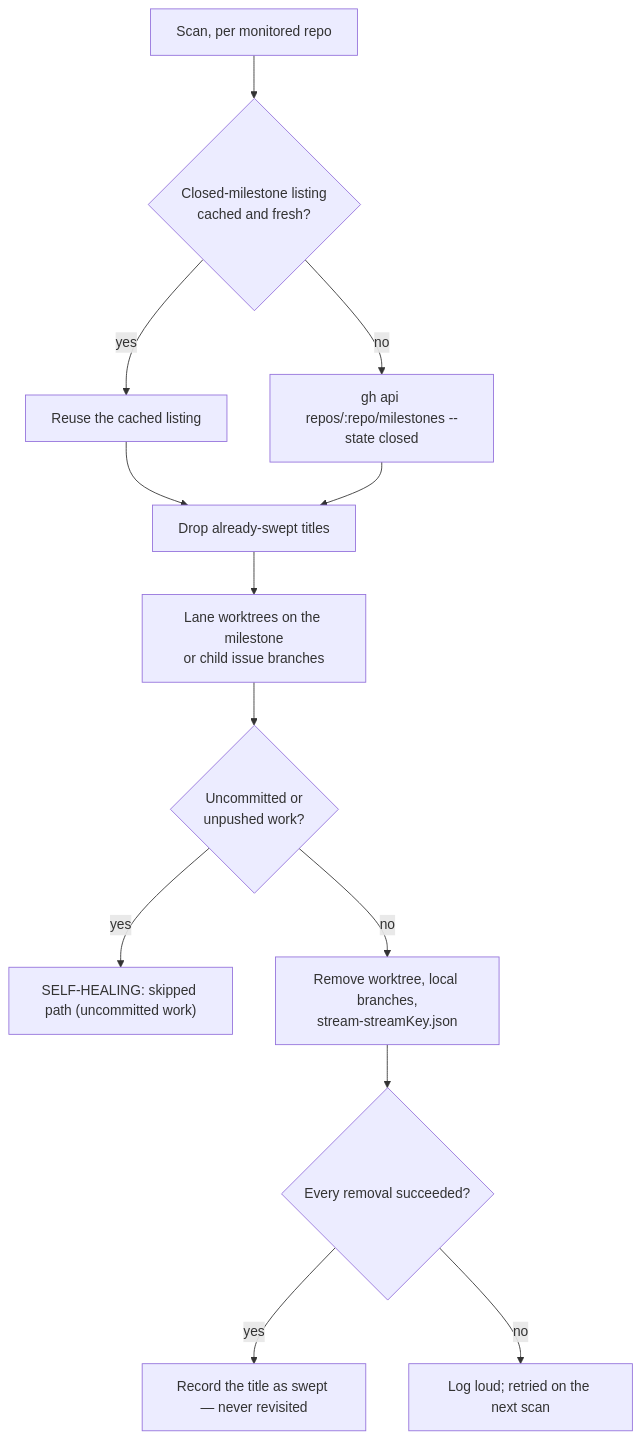
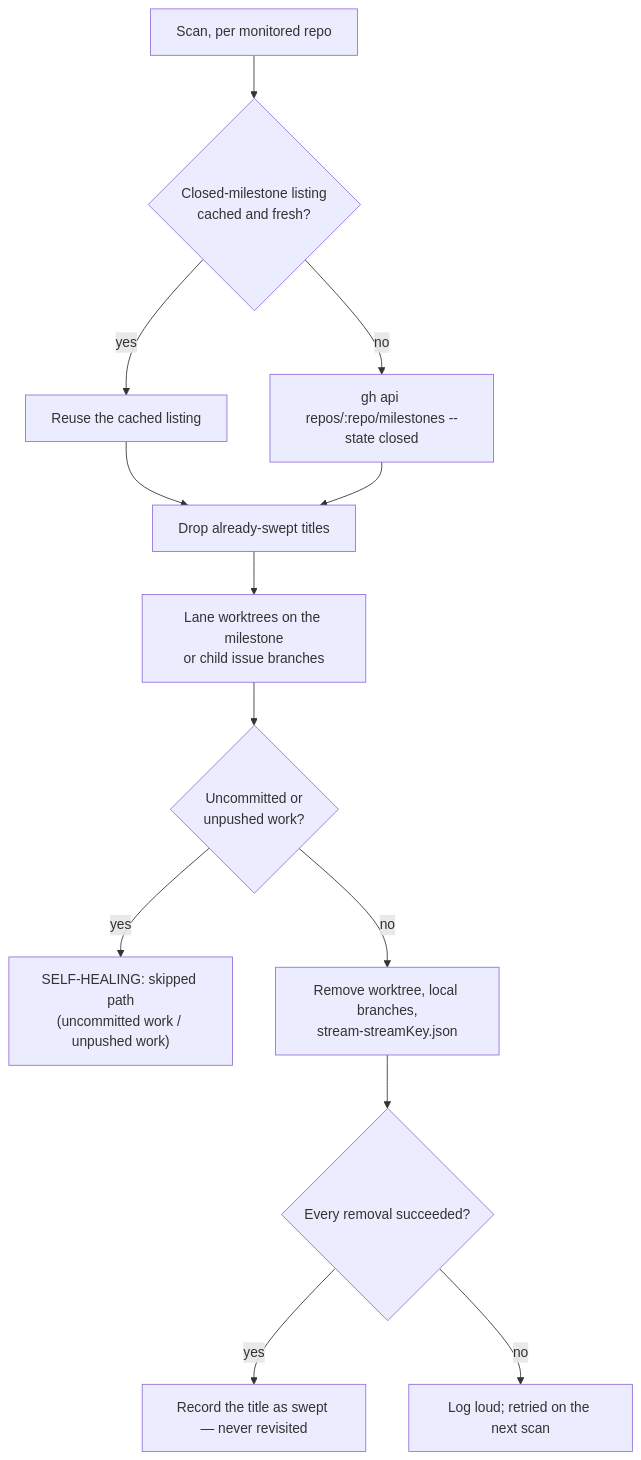
Diagram 29 of 40 in docs/INTERNALS.md (stSoftwareAU/VibeCoder), drawn with Mermaid before and after one commit. The commit also changed other lines of this file and 8 other files, not shown here.

````diff
--- a/docs/INTERNALS.md
+++ b/docs/INTERNALS.md
@@ -3212,15 +3212,15 @@
 ```mermaid
 flowchart TD
     A[Scan, per monitored repo] --> B{Closed-milestone listing<br/>cached and fresh?}
     B -- yes --> C[Reuse the cached listing]
     B -- no --> D["gh api repos/:repo/milestones --state closed"]
     C --> E[Drop already-swept titles]
     D --> E
     E --> F[Lane worktrees on the milestone<br/>or child issue branches]
     F --> G{Uncommitted or<br/>unpushed work?}
-    G -- yes --> H["SELF-HEALING: skipped path (uncommitted work)"]
+    G -- yes --> H["SELF-HEALING: skipped path<br/>(uncommitted work / unpushed work)"]
     G -- no --> I[Remove worktree, local branches,<br/>stream-streamKey.json]
     I --> J{Every removal succeeded?}
     J -- yes --> K[Record the title as swept — never revisited]
     J -- no --> L[Log loud; retried on the next scan]
 ```
````
